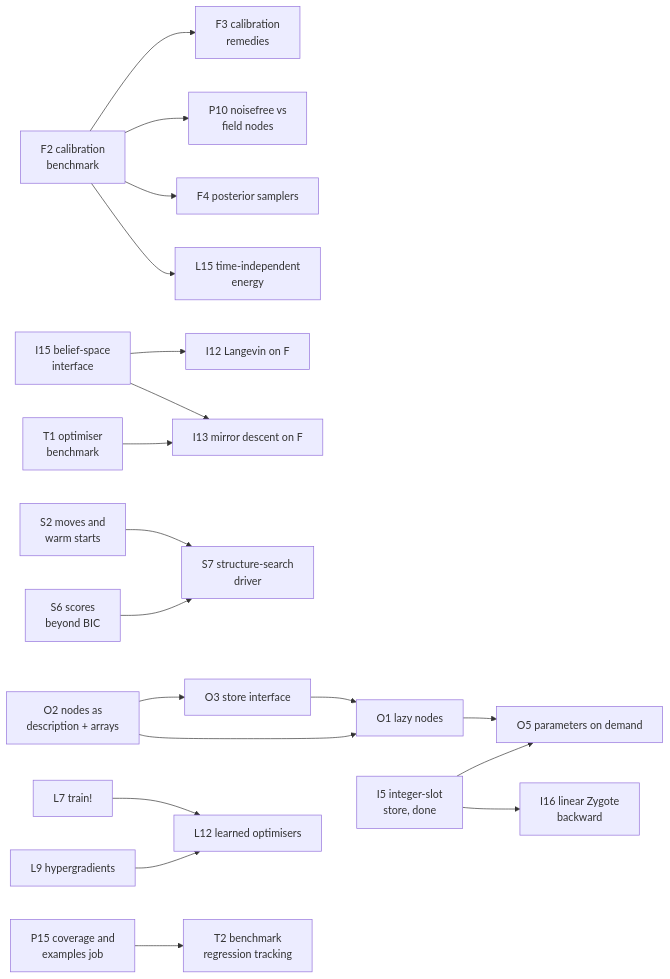
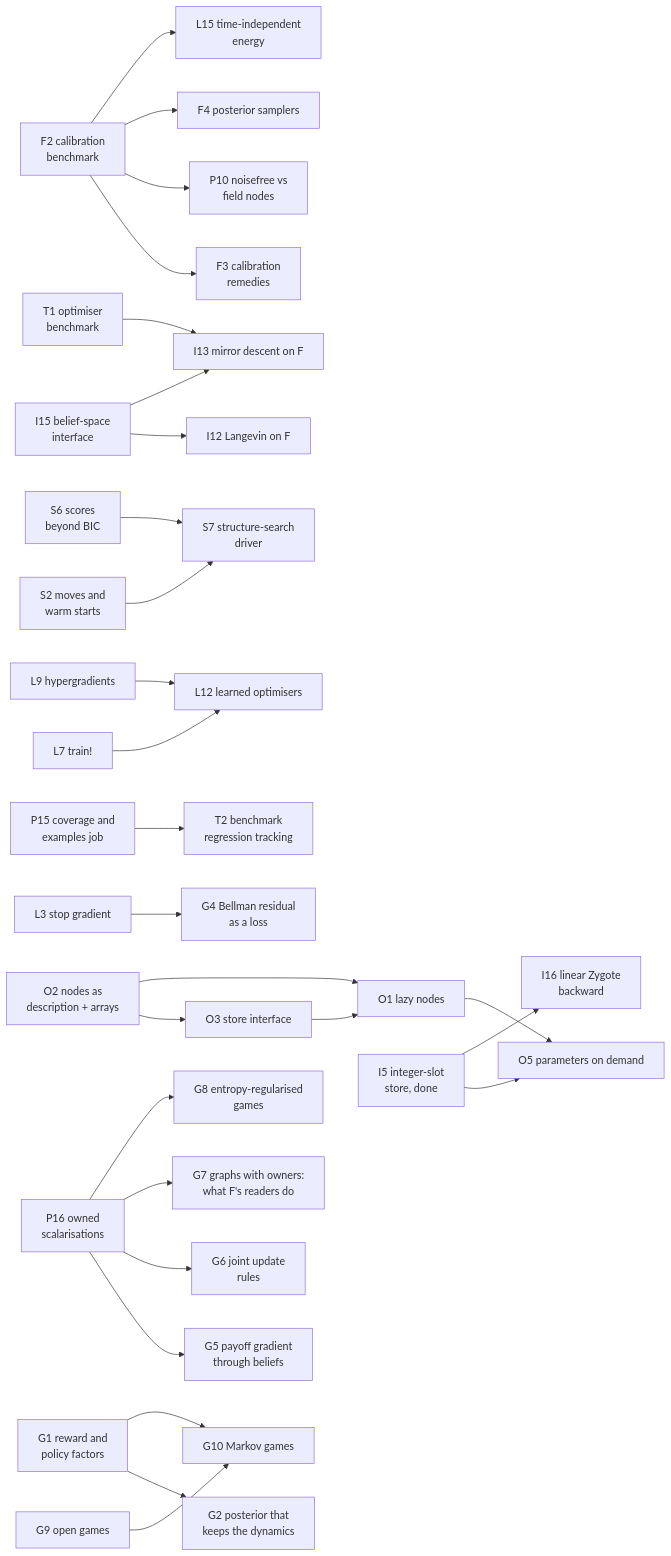
Before and after one commit to MathStruct/Lenticulum.jl: the diagram in vault/Project/Feature Backlog.md, drawn with Mermaid. The commit also changed other lines of this file and 1 other file, not shown here.

````diff
--- a/vault/Project/Feature Backlog.md
+++ b/vault/Project/Feature Backlog.md
@@ -25,21 +25,29 @@
 ```mermaid
 graph LR
   F2[F2 calibration<br/>benchmark] --> F3[F3 calibration<br/>remedies]
   F2 --> P10[P10 noisefree vs<br/>field nodes]
   F2 --> F4[F4 posterior samplers]
   F2 --> L15[L15 time-independent<br/>energy]
   I15[I15 belief-space<br/>interface] --> I12[I12 Langevin on F]
   I15 --> I13[I13 mirror descent on F]
   T1[T1 optimiser<br/>benchmark] --> I13
   O2[O2 nodes as<br/>description + arrays] --> O3[O3 store interface]
   O2 --> O1[O1 lazy nodes]
   O3 --> O1
   O1 --> O5[O5 parameters on demand]
   I5[I5 integer-slot<br/>store, done] --> O5
   I5 --> I16[I16 linear Zygote<br/>backward]
   S2[S2 moves and<br/>warm starts] --> S7[S7 structure-search<br/>driver]
   S6[S6 scores<br/>beyond BIC] --> S7
   L7[L7 train!] --> L12[L12 learned optimisers]
   L9[L9 hypergradients] --> L12
   P15[P15 coverage and<br/>examples job] --> T2[T2 benchmark<br/>regression tracking]
+  G1[G1 reward and<br/>policy factors] --> G2[G2 posterior that<br/>keeps the dynamics]
+  L3[L3 stop gradient] --> G4[G4 Bellman residual<br/>as a loss]
+  P16[P16 owned<br/>scalarisations] --> G5[G5 payoff gradient<br/>through beliefs]
+  P16 --> G6[G6 joint update<br/>rules]
+  P16 --> G7[G7 graphs with owners:<br/>what F's readers do]
+  P16 --> G8[G8 entropy-regularised<br/>games]
+  G1 --> G10[G10 Markov games]
+  G9[G9 open games] --> G10
 ```
````
